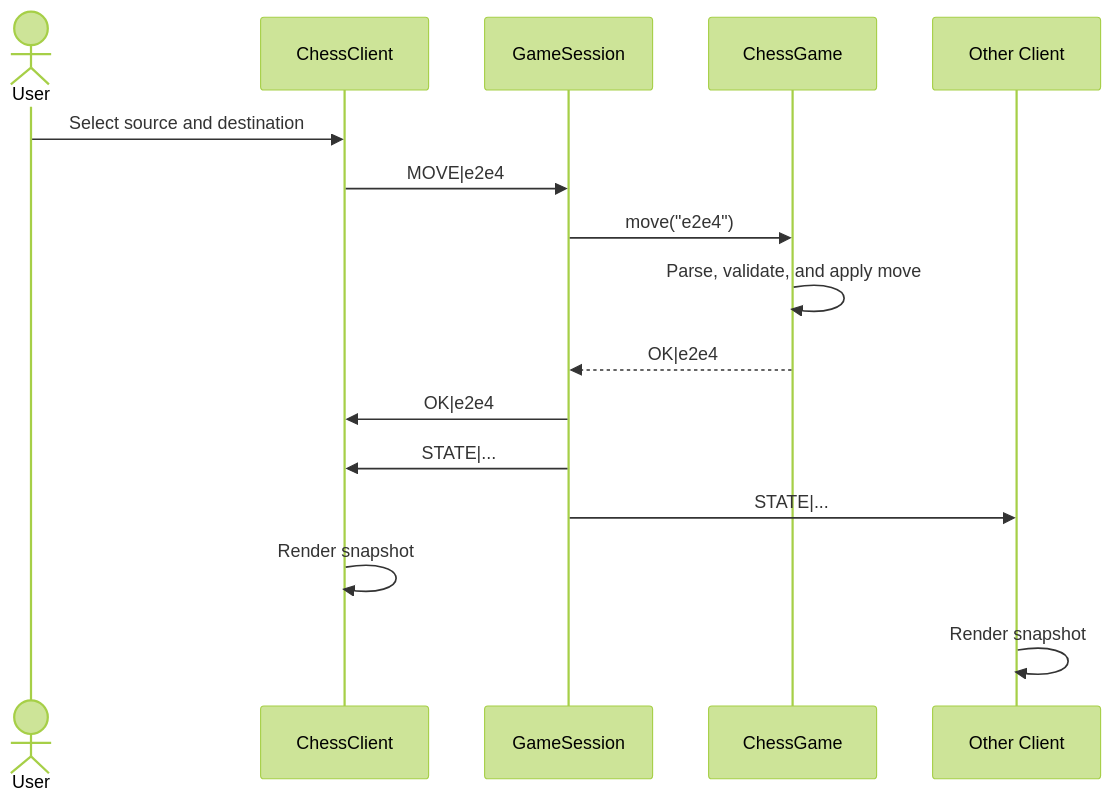
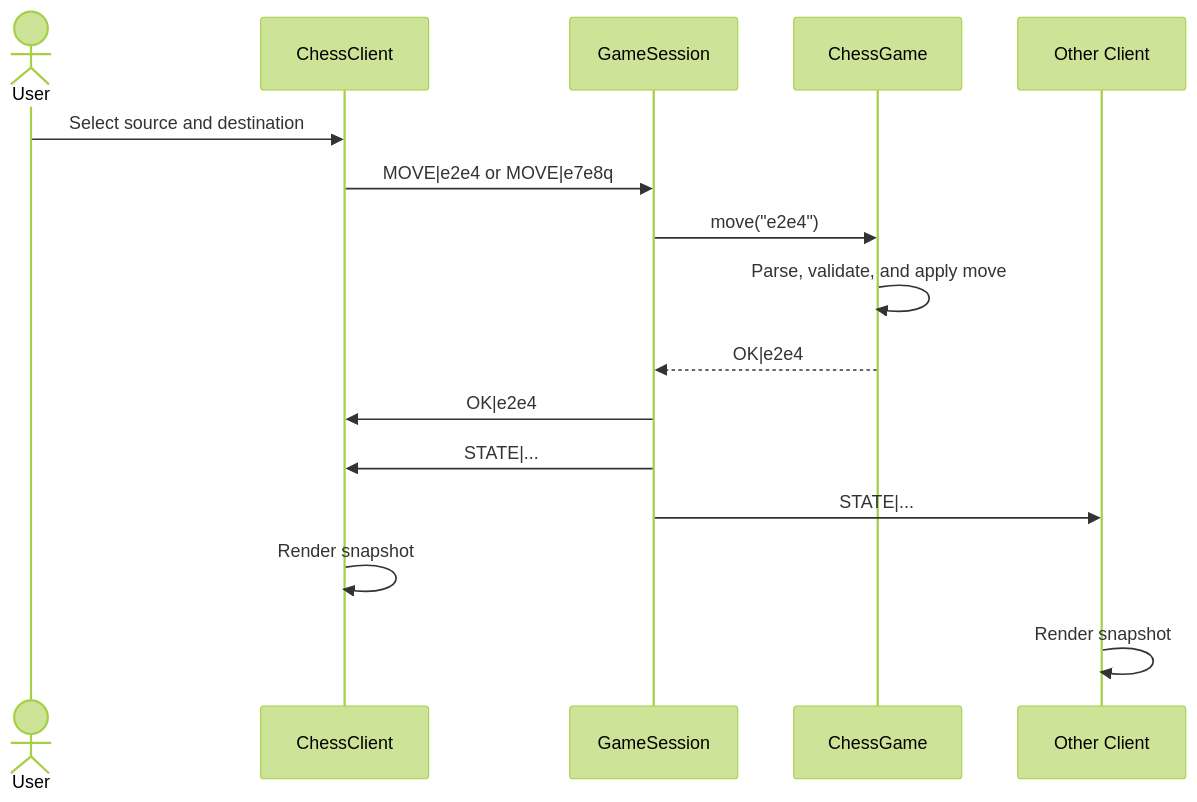
Before and after one commit to LooninS/multiplayer-chess-java: the second of 2 diagrams in docs/OBJECT_ORIENTED_METHODOLOGY.md, drawn with Mermaid (forest theme). The commit also changed other lines of this file and 8 other files, not shown here.

````diff
--- a/docs/OBJECT_ORIENTED_METHODOLOGY.md
+++ b/docs/OBJECT_ORIENTED_METHODOLOGY.md
@@ -283,19 +274,19 @@
 ```mermaid
 sequenceDiagram
     actor User
     participant Client as ChessClient
     participant Session as GameSession
     participant Game as ChessGame
     participant Opponent as Other Client
 
     User->>Client: Select source and destination
-    Client->>Session: MOVE|e2e4
+    Client->>Session: MOVE|e2e4 or MOVE|e7e8q
     Session->>Game: move("e2e4")
     Game->>Game: Parse, validate, and apply move
     Game-->>Session: OK|e2e4
     Session->>Client: OK|e2e4
     Session->>Client: STATE|...
     Session->>Opponent: STATE|...
     Client->>Client: Render snapshot
     Opponent->>Opponent: Render snapshot
 ```
````
